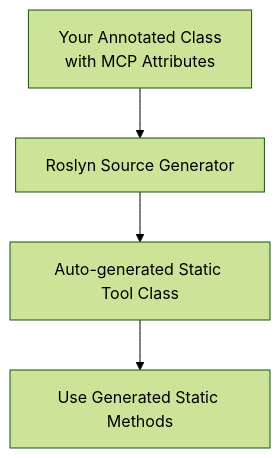
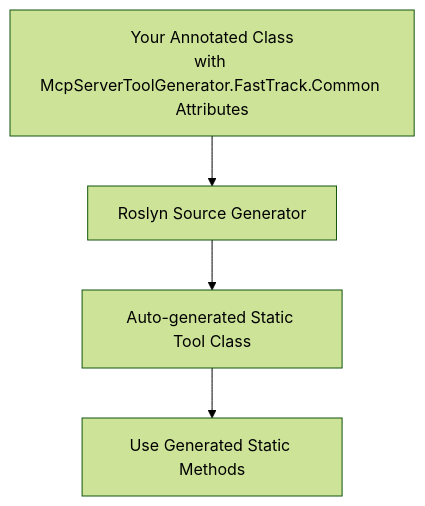
One commit to dotnetspark/McpServerToolGenerator changed the diagram in Readme.md. Above: the diagram before and after it, drawn with Mermaid (forest theme). The commit also changed other lines of this file and 4 other files, not shown here.

````diff
--- a/Readme.md
+++ b/Readme.md
@@ -13,6 +20,6 @@
 ```mermaid
 flowchart TD
-    A["Your Annotated Class<br/>with MCP Attributes"] --> B["Roslyn Source Generator"]
+    A["Your Annotated Class<br/>with McpServerToolGenerator.FastTrack.Common Attributes"] --> B["Roslyn Source Generator"]
     B --> C["Auto-generated Static Tool Class"]
     C --> D["Use Generated Static Methods"]
 ```
````
